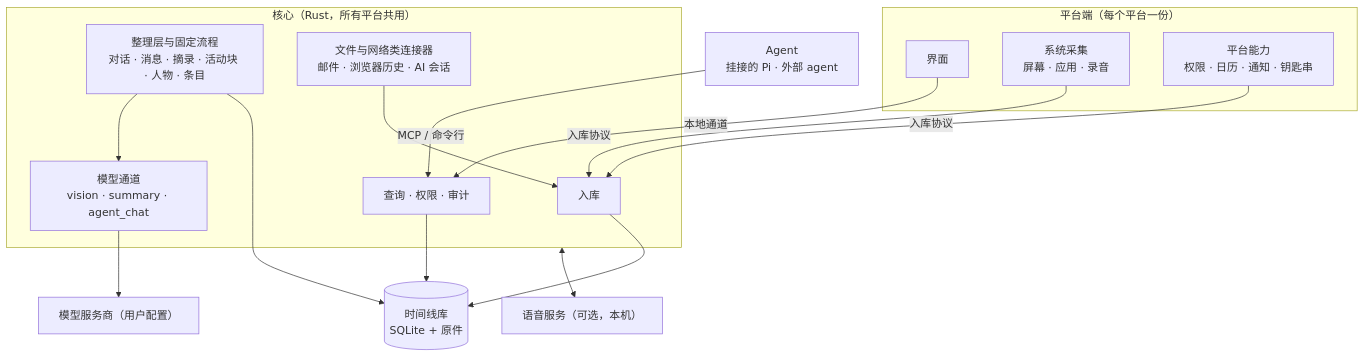
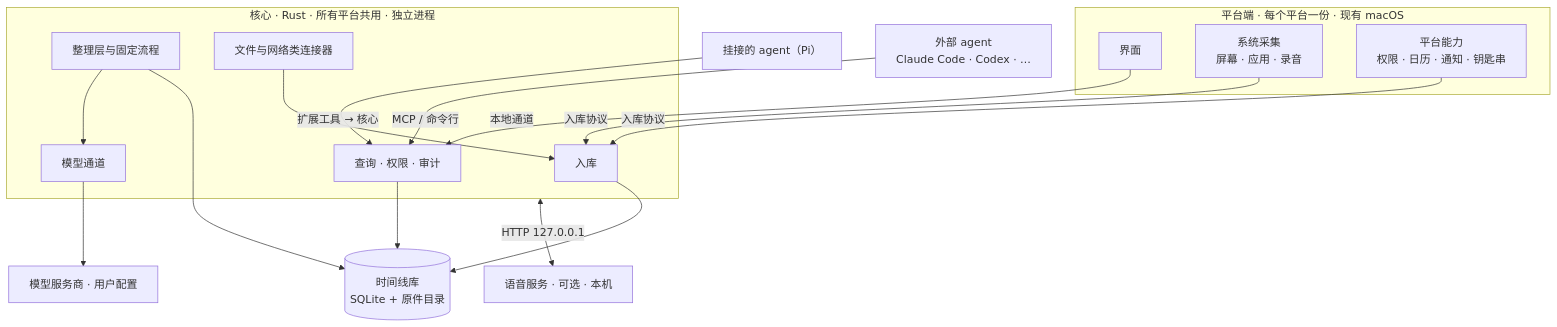
Before and after one commit to candid-oss/candid: the diagram in docs/architecture.md, drawn with Mermaid. The commit also changed other lines of this file and 52 other files, not shown here.

First line of the commit message:
Restructure the docs by topic under a written standard; add changelog, roadmap, decision log and glossary

````diff
--- a/docs/architecture.md
+++ b/docs/architecture.md
@@ -7,31 +14,33 @@
 ```mermaid
 flowchart TB
-    subgraph Platform["平台端（每个平台一份）"]
+    subgraph Platform["平台端 · 每个平台一份 · 现有 macOS"]
         UI["界面"]
         Capture["系统采集<br/>屏幕 · 应用 · 录音"]
         Sys["平台能力<br/>权限 · 日历 · 通知 · 钥匙串"]
     end
-    subgraph Core["核心（Rust，所有平台共用）"]
+    subgraph Core["核心 · Rust · 所有平台共用 · 独立进程"]
         Ingest["入库"]
-        Curate["整理层与固定流程<br/>对话 · 消息 · 摘录 · 活动块 · 人物 · 条目"]
+        Curate["整理层与固定流程"]
         Query["查询 · 权限 · 审计"]
-        Models["模型通道<br/>vision · summary · agent_chat"]
-        Conn["文件与网络类连接器<br/>邮件 · 浏览器历史 · AI 会话"]
+        Models["模型通道"]
+        Conn["文件与网络类连接器"]
     end
-    Store[("时间线库<br/>SQLite + 原件")]
-    Agents["Agent<br/>挂接的 Pi · 外部 agent"]
-    Voice["语音服务（可选，本机）"]
-    Providers["模型服务商（用户配置）"]
+    Store[("时间线库<br/>SQLite + 原件目录")]
+    Pi["挂接的 agent（Pi）"]
+    Ext["外部 agent<br/>Claude Code · Codex · …"]
+    Voice["语音服务 · 可选 · 本机"]
+    Providers["模型服务商 · 用户配置"]
 
     Capture -- "入库协议" --> Ingest
+    Sys -- "入库协议" --> Ingest
     UI -- "本地通道" --> Query
-    Sys -- "入库协议" --> Ingest
     Conn --> Ingest
     Ingest --> Store
     Curate --> Store
     Query --> Store
     Curate --> Models
     Models --> Providers
-    Core <--> Voice
-    Agents -- "MCP / 命令行" --> Query
+    Core <-- "HTTP 127.0.0.1" --> Voice
+    Pi -- "扩展工具 → 核心" --> Query
+    Ext -- "MCP / 命令行" --> Query
 ```
````
